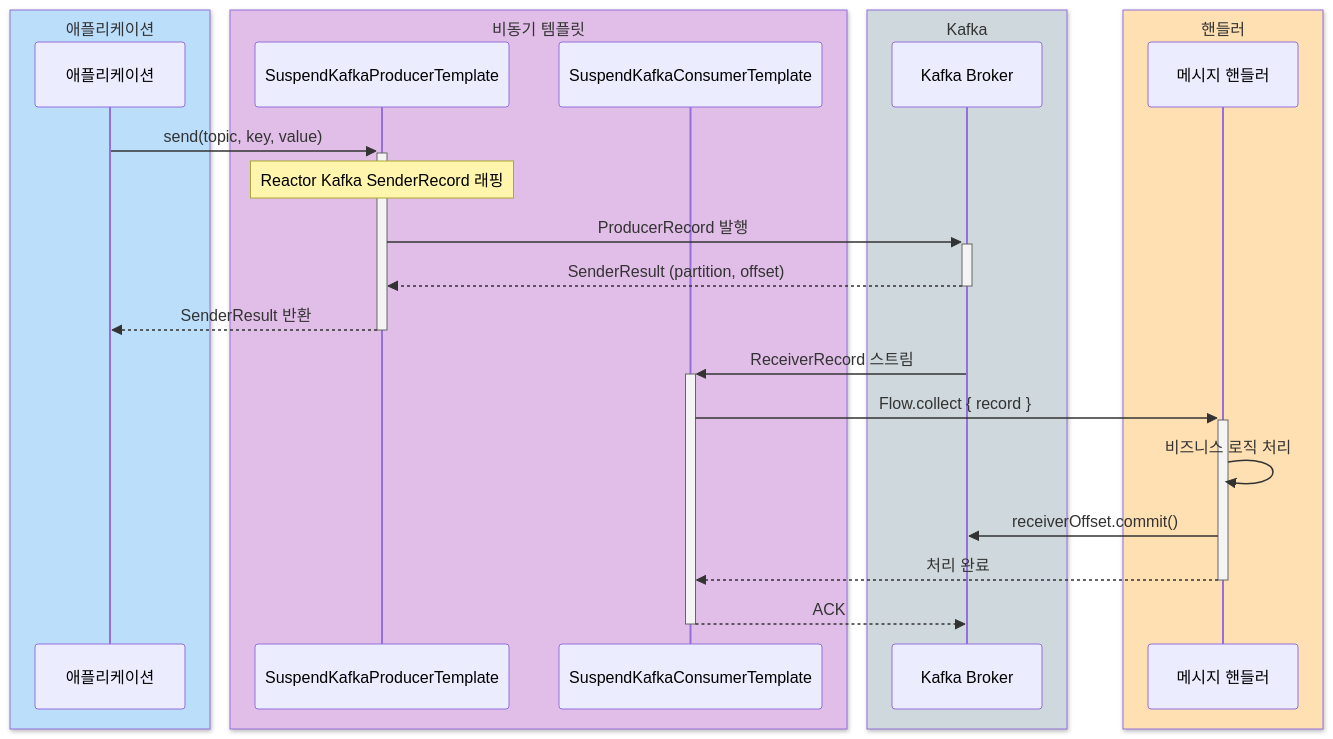
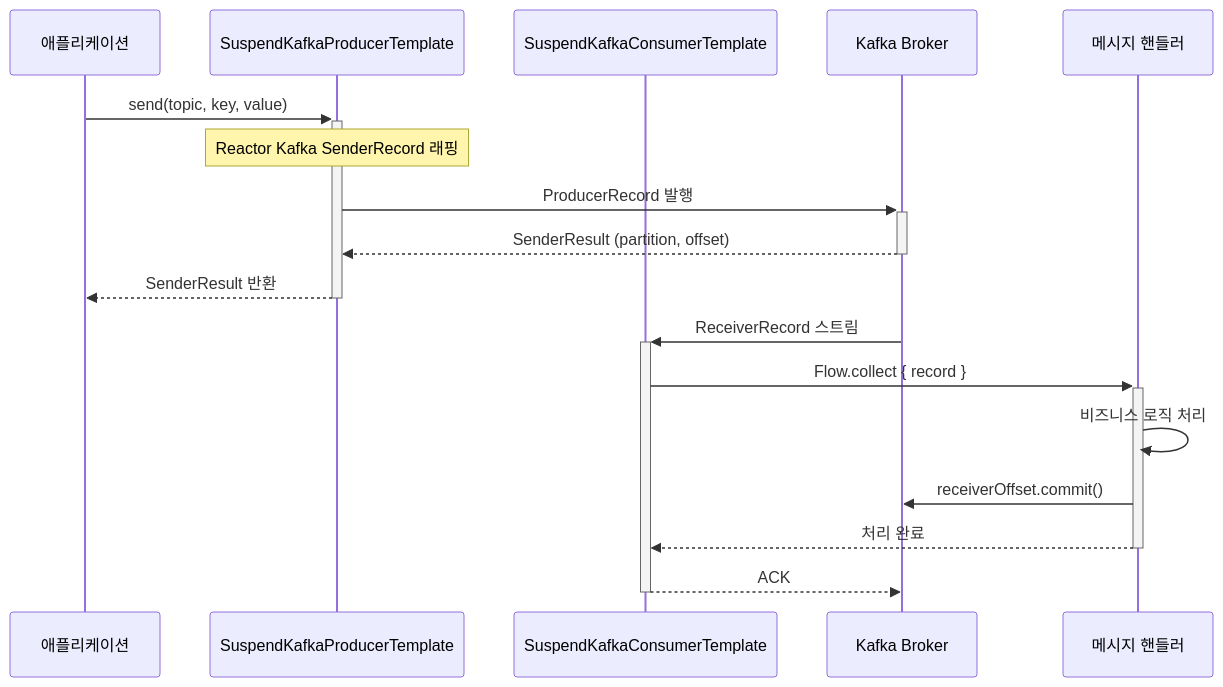
One commit to bluetape4k/bluetape4k-projects changed the second of 3 diagrams in infra/kafka/README.ko.md. Above: the diagram before and after it, drawn with Mermaid. The commit also changed other lines of this file and 219 other files, not shown here.

First line of the commit message:
docs: 전체 README Mermaid 다이어그램 가이드 적용

````diff
--- a/infra/kafka/README.ko.md
+++ b/infra/kafka/README.ko.md
@@ -416,29 +416,21 @@
 ```mermaid
 sequenceDiagram
-    box rgb(187,222,251) 애플리케이션
     participant App as 애플리케이션
-    end
-    box rgb(225,190,231) 비동기 템플릿
     participant PT as SuspendKafkaProducerTemplate
     participant CT as SuspendKafkaConsumerTemplate
-    end
-    box rgb(207,216,220) Kafka
     participant Kafka as Kafka Broker
-    end
-    box rgb(255,224,178) 핸들러
     participant Handler as 메시지 핸들러
-    end
 
     App->>+PT: send(topic, key, value)
     Note over PT: Reactor Kafka SenderRecord 래핑
     PT->>+Kafka: ProducerRecord 발행
     Kafka-->>-PT: SenderResult (partition, offset)
     PT-->>-App: SenderResult 반환
 
     Kafka->>+CT: ReceiverRecord 스트림
     CT->>+Handler: Flow.collect { record }
     Handler->>Handler: 비즈니스 로직 처리
     Handler->>Kafka: receiverOffset.commit()
     Handler-->>-CT: 처리 완료
     CT-->>-Kafka: ACK
 ```
````
